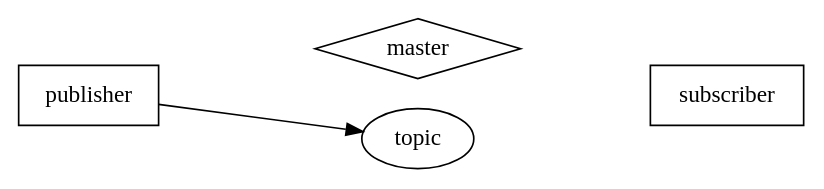
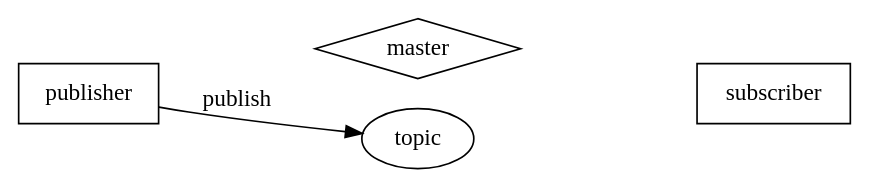
The diagram in dot/master_3.dot (shihyuan/duckietown_ros_slides), drawn with Graphviz before and after one commit. The commit also changed 9 other files, not shown here.

```diff
--- a/dot/master_3.dot
+++ b/dot/master_3.dot
@@ -1,1 +1,14 @@
-digraph master_3 {rankdir=LR; node [shape=box,style=filled,fillcolor=white]; publisher; subscriber; master [shape=diamond]; node [shape=ellipse,style=filled,fillcolor=white]; topic; {rank=same;master;topic} publisher->master[style=invis,label="register"]; publisher->topic subscriber->master[style=invis,label="query"]; topic->subscriber[style=invis];}
+digraph {
+	rankdir=LR;
+	node [shape=box,style=filled,fillcolor=white];
+	publisher;
+	subscriber;
+	master [shape=diamond];
+	node [shape=ellipse,style=filled,fillcolor=white];
+	topic;
+	{rank=same;master;topic}
+	publisher->master[style=invis,label="register"];
+	publisher->topic[style="",label="publish"];
+	subscriber->master[style=invis,label="query"];
+	topic->subscriber[style=invis,label="subscribe"];
+}
```
